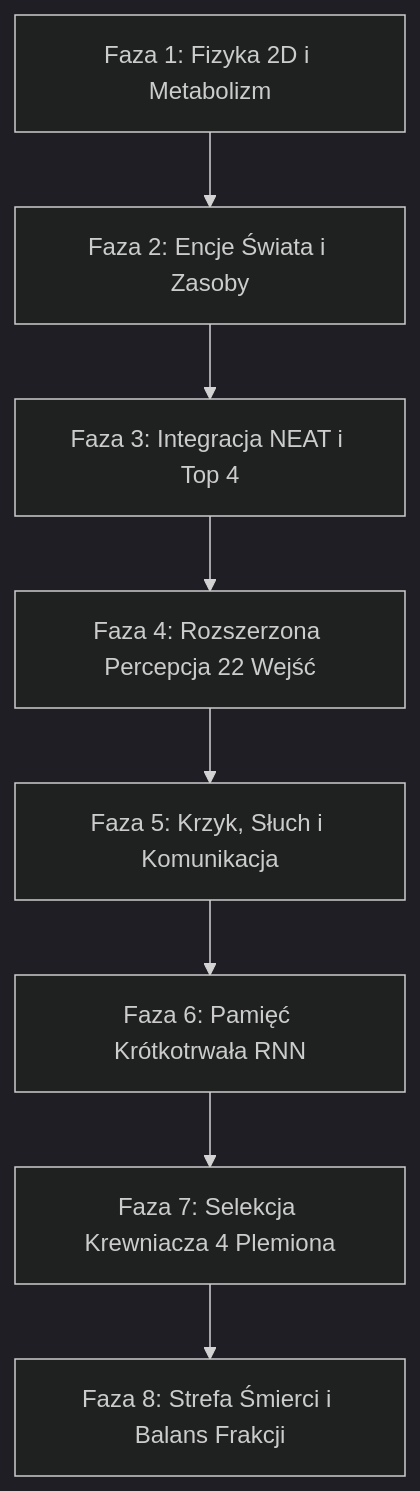
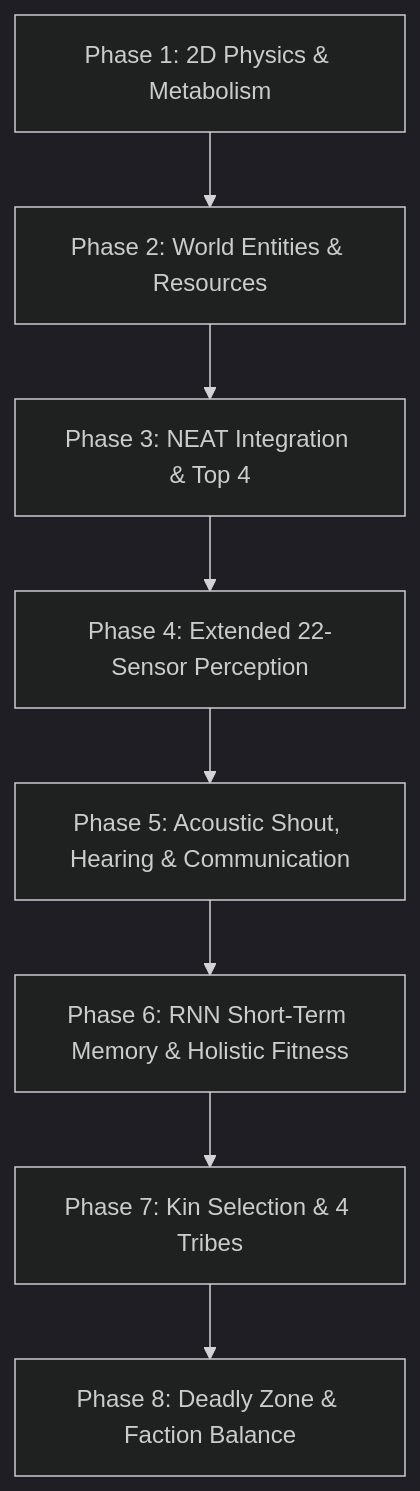
One commit to dawidnaessie/AgentReinforcementLearning changed the diagram in docs/documentation.md. Above: the diagram before and after it, drawn with Mermaid (dark theme). The commit also changed other lines of this file and 15 other files, not shown here.

````diff
--- a/docs/documentation.md
+++ b/docs/documentation.md
@@ -26,10 +26,10 @@
 ```mermaid
 graph TD
-    P1[Faza 1: Fizyka 2D i Metabolizm] --> P2[Faza 2: Encje Świata i Zasoby]
-    P2 --> P3[Faza 3: Integracja NEAT i Top 4]
-    P3 --> P4[Faza 4: Rozszerzona Percepcja 22 Wejść]
-    P4 --> P5[Faza 5: Krzyk, Słuch i Komunikacja]
-    P5 --> P6[Faza 6: Pamięć Krótkotrwała RNN]
-    P6 --> P7[Faza 7: Selekcja Krewniacza 4 Plemiona]
-    P7 --> P8[Faza 8: Strefa Śmierci i Balans Frakcji]
+    P1["Phase 1: 2D Physics & Metabolism"] --> P2["Phase 2: World Entities & Resources"]
+    P2 --> P3["Phase 3: NEAT Integration & Top 4"]
+    P3 --> P4["Phase 4: Extended 22-Sensor Perception"]
+    P4 --> P5["Phase 5: Acoustic Shout, Hearing & Communication"]
+    P5 --> P6["Phase 6: RNN Short-Term Memory & Holistic Fitness"]
+    P6 --> P7["Phase 7: Kin Selection & 4 Tribes"]
+    P7 --> P8["Phase 8: Deadly Zone & Faction Balance"]
 ```
````
